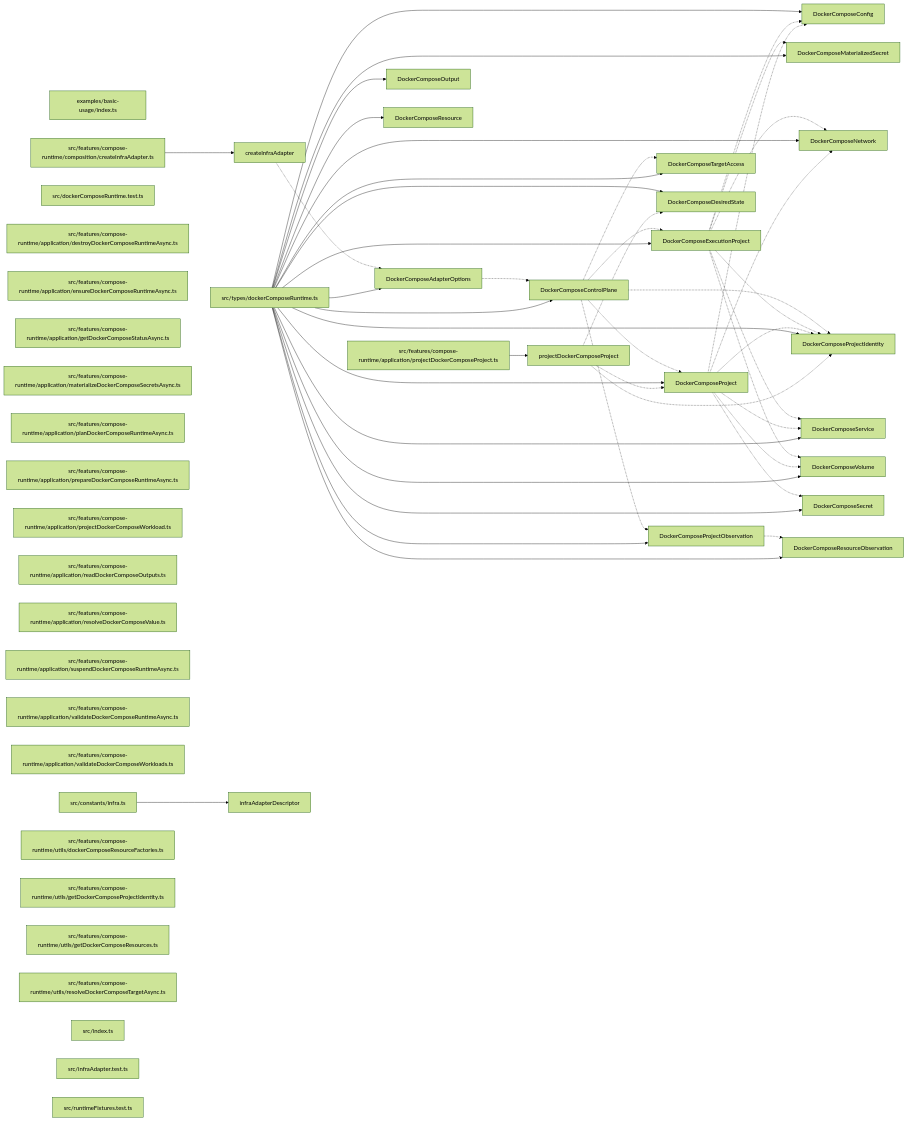
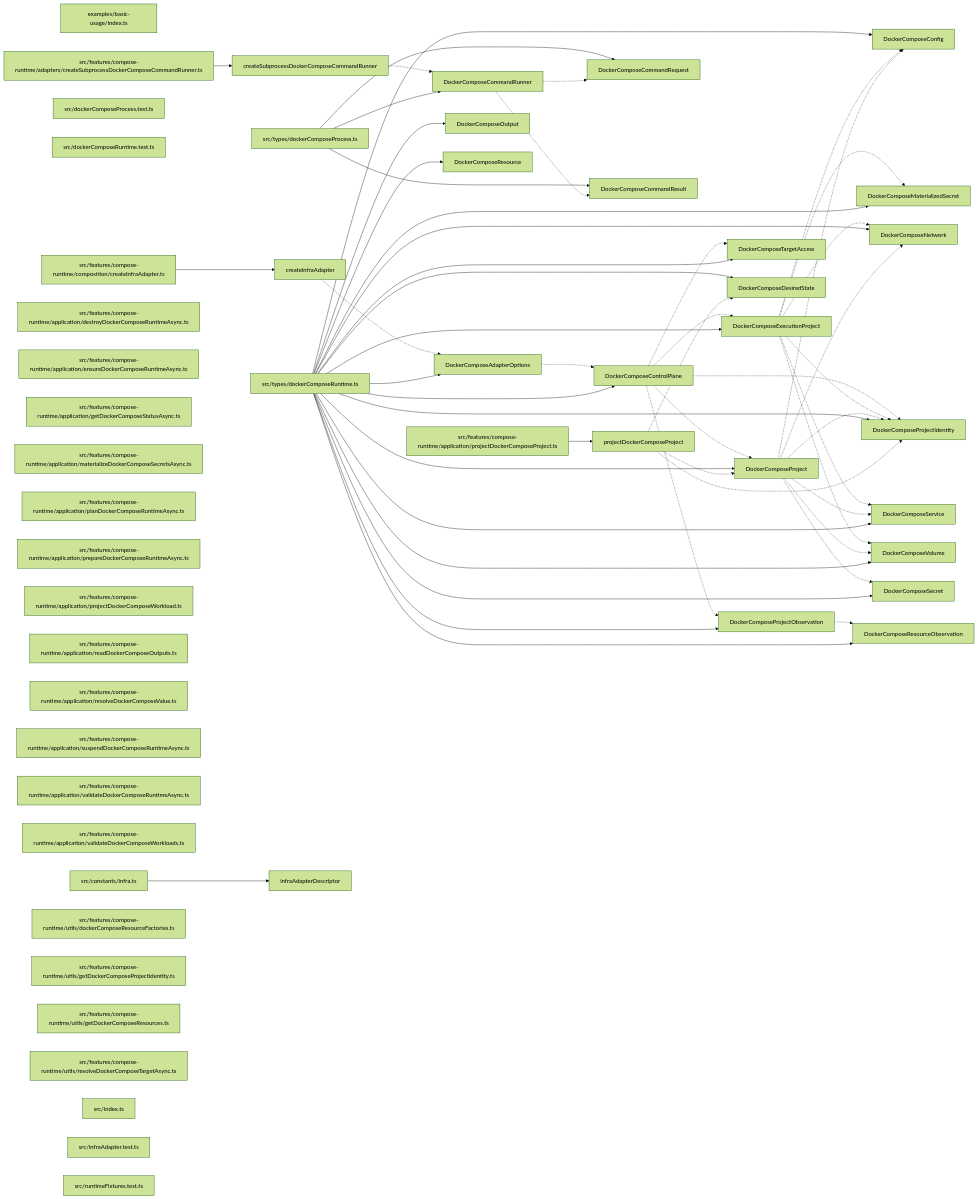
The diagram in paradox/diagrams/export-graph.mmd (ankhorage/docker-compose), drawn with Mermaid (forest theme) before and after one commit. The commit also changed 13 other files, not shown here.

Commit message:
feat: add compose process runner

```diff
--- a/paradox/diagrams/export-graph.mmd
+++ b/paradox/diagrams/export-graph.mmd
@@ -1,89 +1,103 @@
 graph LR
   module_examples_basic_usage_index_ts["examples/basic-usage/index.ts"]
   module_src_constants_infra_ts["src/constants/infra.ts"]
+  module_src_dockerComposeProcess_test_ts["src/dockerComposeProcess.test.ts"]
   module_src_dockerComposeRuntime_test_ts["src/dockerComposeRuntime.test.ts"]
+  module_src_features_compose_runtime_adapters_createSubprocessDockerComposeCommandRunner_ts["src/features/compose-runtime/adapters/createSubprocessDockerComposeCommandRunner.ts"]
   module_src_features_compose_runtime_application_destroyDockerComposeRuntimeAsync_ts["src/features/compose-runtime/application/destroyDockerComposeRuntimeAsync.ts"]
   module_src_features_compose_runtime_application_ensureDockerComposeRuntimeAsync_ts["src/features/compose-runtime/application/ensureDockerComposeRuntimeAsync.ts"]
   module_src_features_compose_runtime_application_getDockerComposeStatusAsync_ts["src/features/compose-runtime/application/getDockerComposeStatusAsync.ts"]
   module_src_features_compose_runtime_application_materializeDockerComposeSecretsAsync_ts["src/features/compose-runtime/application/materializeDockerComposeSecretsAsync.ts"]
   module_src_features_compose_runtime_application_planDockerComposeRuntimeAsync_ts["src/features/compose-runtime/application/planDockerComposeRuntimeAsync.ts"]
   module_src_features_compose_runtime_application_prepareDockerComposeRuntimeAsync_ts["src/features/compose-runtime/application/prepareDockerComposeRuntimeAsync.ts"]
   module_src_features_compose_runtime_application_projectDockerComposeProject_ts["src/features/compose-runtime/application/projectDockerComposeProject.ts"]
   module_src_features_compose_runtime_application_projectDockerComposeWorkload_ts["src/features/compose-runtime/application/projectDockerComposeWorkload.ts"]
   module_src_features_compose_runtime_application_readDockerComposeOutputs_ts["src/features/compose-runtime/application/readDockerComposeOutputs.ts"]
   module_src_features_compose_runtime_application_resolveDockerComposeValue_ts["src/features/compose-runtime/application/resolveDockerComposeValue.ts"]
   module_src_features_compose_runtime_application_suspendDockerComposeRuntimeAsync_ts["src/features/compose-runtime/application/suspendDockerComposeRuntimeAsync.ts"]
   module_src_features_compose_runtime_application_validateDockerComposeRuntimeAsync_ts["src/features/compose-runtime/application/validateDockerComposeRuntimeAsync.ts"]
   module_src_features_compose_runtime_application_validateDockerComposeWorkloads_ts["src/features/compose-runtime/application/validateDockerComposeWorkloads.ts"]
   module_src_features_compose_runtime_composition_createInfraAdapter_ts["src/features/compose-runtime/composition/createInfraAdapter.ts"]
   module_src_features_compose_runtime_utils_dockerComposeResourceFactories_ts["src/features/compose-runtime/utils/dockerComposeResourceFactories.ts"]
   module_src_features_compose_runtime_utils_getDockerComposeProjectIdentity_ts["src/features/compose-runtime/utils/getDockerComposeProjectIdentity.ts"]
   module_src_features_compose_runtime_utils_getDockerComposeResources_ts["src/features/compose-runtime/utils/getDockerComposeResources.ts"]
   module_src_features_compose_runtime_utils_resolveDockerComposeTargetAsync_ts["src/features/compose-runtime/utils/resolveDockerComposeTargetAsync.ts"]
   module_src_index_ts["src/index.ts"]
   module_src_infraAdapter_test_ts["src/infraAdapter.test.ts"]
   module_src_runtimeFixtures_test_ts["src/runtimeFixtures.test.ts"]
+  module_src_types_dockerComposeProcess_ts["src/types/dockerComposeProcess.ts"]
   module_src_types_dockerComposeRuntime_ts["src/types/dockerComposeRuntime.ts"]
   export_createInfraAdapter["createInfraAdapter"]
   module_src_features_compose_runtime_composition_createInfraAdapter_ts --> export_createInfraAdapter
   export_createInfraAdapter -.-> export_DockerComposeAdapterOptions
+  export_createSubprocessDockerComposeCommandRunner["createSubprocessDockerComposeCommandRunner"]
+  module_src_features_compose_runtime_adapters_createSubprocessDockerComposeCommandRunner_ts --> export_createSubprocessDockerComposeCommandRunner
+  export_createSubprocessDockerComposeCommandRunner -.-> export_DockerComposeCommandRunner
   export_DockerComposeAdapterOptions["DockerComposeAdapterOptions"]
   module_src_types_dockerComposeRuntime_ts --> export_DockerComposeAdapterOptions
   export_DockerComposeAdapterOptions -.-> export_DockerComposeControlPlane
+  export_DockerComposeCommandRequest["DockerComposeCommandRequest"]
+  module_src_types_dockerComposeProcess_ts --> export_DockerComposeCommandRequest
+  export_DockerComposeCommandResult["DockerComposeCommandResult"]
+  module_src_types_dockerComposeProcess_ts --> export_DockerComposeCommandResult
+  export_DockerComposeCommandRunner["DockerComposeCommandRunner"]
+  module_src_types_dockerComposeProcess_ts --> export_DockerComposeCommandRunner
+  export_DockerComposeCommandRunner -.-> export_DockerComposeCommandRequest
+  export_DockerComposeCommandRunner -.-> export_DockerComposeCommandResult
   export_DockerComposeConfig["DockerComposeConfig"]
   module_src_types_dockerComposeRuntime_ts --> export_DockerComposeConfig
   export_DockerComposeControlPlane["DockerComposeControlPlane"]
   module_src_types_dockerComposeRuntime_ts --> export_DockerComposeControlPlane
   export_DockerComposeControlPlane -.-> export_DockerComposeExecutionProject
   export_DockerComposeControlPlane -.-> export_DockerComposeProject
   export_DockerComposeControlPlane -.-> export_DockerComposeProjectIdentity
   export_DockerComposeControlPlane -.-> export_DockerComposeProjectObservation
   export_DockerComposeControlPlane -.-> export_DockerComposeTargetAccess
   export_DockerComposeDesiredState["DockerComposeDesiredState"]
   module_src_types_dockerComposeRuntime_ts --> export_DockerComposeDesiredState
   export_DockerComposeExecutionProject["DockerComposeExecutionProject"]
   module_src_types_dockerComposeRuntime_ts --> export_DockerComposeExecutionProject
   export_DockerComposeExecutionProject -.-> export_DockerComposeConfig
   export_DockerComposeExecutionProject -.-> export_DockerComposeMaterializedSecret
   export_DockerComposeExecutionProject -.-> export_DockerComposeNetwork
   export_DockerComposeExecutionProject -.-> export_DockerComposeProjectIdentity
   export_DockerComposeExecutionProject -.-> export_DockerComposeService
   export_DockerComposeExecutionProject -.-> export_DockerComposeVolume
   export_DockerComposeMaterializedSecret["DockerComposeMaterializedSecret"]
   module_src_types_dockerComposeRuntime_ts --> export_DockerComposeMaterializedSecret
   export_DockerComposeNetwork["DockerComposeNetwork"]
   module_src_types_dockerComposeRuntime_ts --> export_DockerComposeNetwork
   export_DockerComposeOutput["DockerComposeOutput"]
   module_src_types_dockerComposeRuntime_ts --> export_DockerComposeOutput
   export_DockerComposeProject["DockerComposeProject"]
   module_src_types_dockerComposeRuntime_ts --> export_DockerComposeProject
   export_DockerComposeProject -.-> export_DockerComposeConfig
   export_DockerComposeProject -.-> export_DockerComposeNetwork
   export_DockerComposeProject -.-> export_DockerComposeProjectIdentity
   export_DockerComposeProject -.-> export_DockerComposeSecret
   export_DockerComposeProject -.-> export_DockerComposeService
   export_DockerComposeProject -.-> export_DockerComposeVolume
   export_DockerComposeProjectIdentity["DockerComposeProjectIdentity"]
   module_src_types_dockerComposeRuntime_ts --> export_DockerComposeProjectIdentity
   export_DockerComposeProjectObservation["DockerComposeProjectObservation"]
   module_src_types_dockerComposeRuntime_ts --> export_DockerComposeProjectObservation
   export_DockerComposeProjectObservation -.-> export_DockerComposeResourceObservation
   export_DockerComposeResource["DockerComposeResource"]
   module_src_types_dockerComposeRuntime_ts --> export_DockerComposeResource
   export_DockerComposeResourceObservation["DockerComposeResourceObservation"]
   module_src_types_dockerComposeRuntime_ts --> export_DockerComposeResourceObservation
   export_DockerComposeSecret["DockerComposeSecret"]
   module_src_types_dockerComposeRuntime_ts --> export_DockerComposeSecret
   export_DockerComposeService["DockerComposeService"]
   module_src_types_dockerComposeRuntime_ts --> export_DockerComposeService
   export_DockerComposeTargetAccess["DockerComposeTargetAccess"]
   module_src_types_dockerComposeRuntime_ts --> export_DockerComposeTargetAccess
   export_DockerComposeVolume["DockerComposeVolume"]
   module_src_types_dockerComposeRuntime_ts --> export_DockerComposeVolume
   export_infraAdapterDescriptor["infraAdapterDescriptor"]
   module_src_constants_infra_ts --> export_infraAdapterDescriptor
   export_projectDockerComposeProject["projectDockerComposeProject"]
   module_src_features_compose_runtime_application_projectDockerComposeProject_ts --> export_projectDockerComposeProject
   export_projectDockerComposeProject -.-> export_DockerComposeDesiredState
   export_projectDockerComposeProject -.-> export_DockerComposeProject
   export_projectDockerComposeProject -.-> export_DockerComposeProjectIdentity
```
